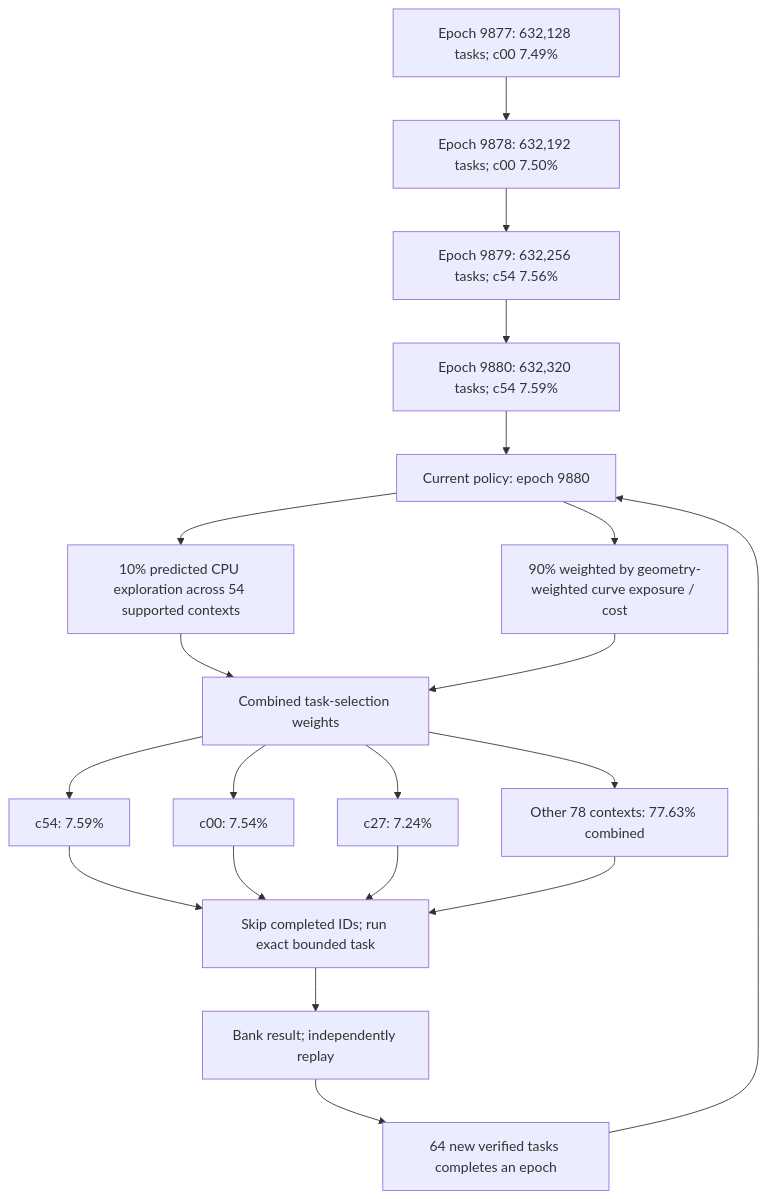
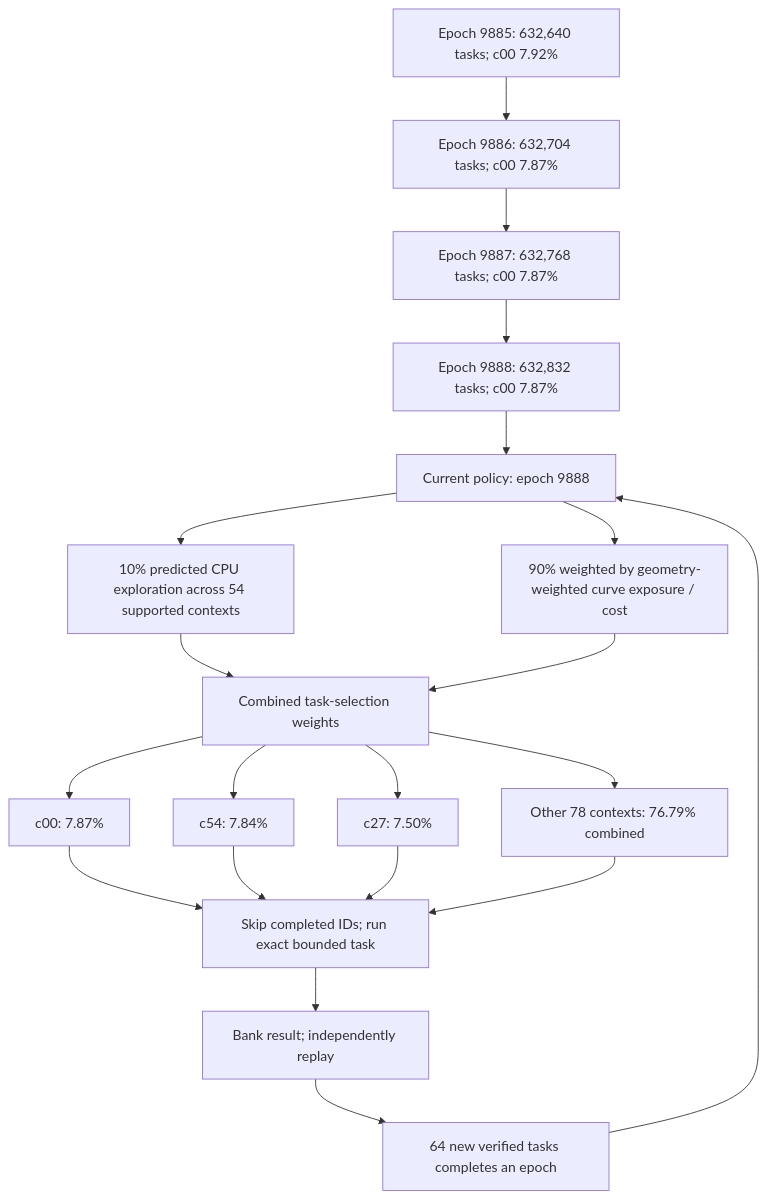
Before and after one commit to Kuberwastaken/math-gambling: the first of 4 diagrams in README.md, drawn with Mermaid. The commit also changed other lines of this file and 1020 other files, not shown here.

````diff
--- a/README.md
+++ b/README.md
@@ -60,27 +60,27 @@
 ```mermaid
 flowchart TD
-    H0["Epoch 9877: 632,128 tasks; c00 7.49%"]
-    H1["Epoch 9878: 632,192 tasks; c00 7.50%"]
+    H0["Epoch 9885: 632,640 tasks; c00 7.92%"]
+    H1["Epoch 9886: 632,704 tasks; c00 7.87%"]
     H0 --> H1
-    H2["Epoch 9879: 632,256 tasks; c54 7.56%"]
+    H2["Epoch 9887: 632,768 tasks; c00 7.87%"]
     H1 --> H2
-    H3["Epoch 9880: 632,320 tasks; c54 7.59%"]
+    H3["Epoch 9888: 632,832 tasks; c00 7.87%"]
     H2 --> H3
-    Policy["Current policy: epoch 9880"]
+    Policy["Current policy: epoch 9888"]
     H3 --> Policy
     Policy --> Explore["10% predicted CPU exploration across 54 supported contexts"]
     Policy --> Cost["90% weighted by geometry-weighted curve exposure / cost"]
     Explore --> Mix["Combined task-selection weights"]
     Cost --> Mix
-    Mix --> C0["c54: 7.59%"]
-    Mix --> C1["c00: 7.54%"]
-    Mix --> C2["c27: 7.24%"]
-    Mix --> Rest["Other 78 contexts: 77.63% combined"]
+    Mix --> C0["c00: 7.87%"]
+    Mix --> C1["c54: 7.84%"]
+    Mix --> C2["c27: 7.50%"]
+    Mix --> Rest["Other 78 contexts: 76.79% combined"]
     C0 --> Check["Skip completed IDs; run exact bounded task"]
     C1 --> Check
     C2 --> Check
     Rest --> Check
     Check --> Replay["Bank result; independently replay"]
     Replay --> Gate["64 new verified tasks completes an epoch"]
     Gate --> Policy
 ```
````
